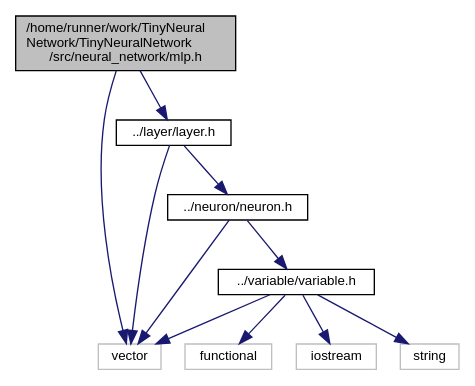
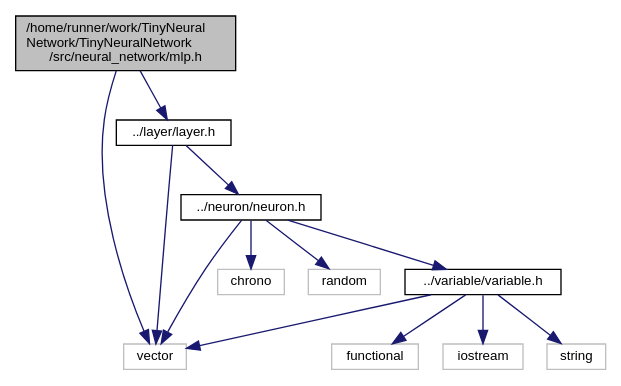
One commit to MaoSong2022/TinyNeuralNetwork changed the diagram in mlp_8h__incl.dot. Above: the diagram before and after it, drawn with Graphviz. The commit also changed 93 other files, not shown here.

```diff
--- a/mlp_8h__incl.dot
+++ b/mlp_8h__incl.dot
@@ -1,24 +1,28 @@
 digraph "/home/runner/work/TinyNeuralNetwork/TinyNeuralNetwork/src/neural_network/mlp.h"
 {
  // LATEX_PDF_SIZE
   edge [fontname="Helvetica",fontsize="10",labelfontname="Helvetica",labelfontsize="10"];
   node [fontname="Helvetica",fontsize="10",shape=record];
   Node1 [label="/home/runner/work/TinyNeural\lNetwork/TinyNeuralNetwork\l/src/neural_network/mlp.h",height=0.2,width=0.4,color="black", fillcolor="grey75", style="filled", fontcolor="black",tooltip=" "];
   Node1 -> Node2 [color="midnightblue",fontsize="10",style="solid",fontname="Helvetica"];
   Node2 [label="vector",height=0.2,width=0.4,color="grey75", fillcolor="white", style="filled",tooltip=" "];
   Node1 -> Node3 [color="midnightblue",fontsize="10",style="solid",fontname="Helvetica"];
   Node3 [label="../layer/layer.h",height=0.2,width=0.4,color="black", fillcolor="white", style="filled",URL="$layer_8h.html",tooltip=" "];
   Node3 -> Node2 [color="midnightblue",fontsize="10",style="solid",fontname="Helvetica"];
   Node3 -> Node4 [color="midnightblue",fontsize="10",style="solid",fontname="Helvetica"];
   Node4 [label="../neuron/neuron.h",height=0.2,width=0.4,color="black", fillcolor="white", style="filled",URL="$neuron_8h.html",tooltip=" "];
+  Node4 -> Node5 [color="midnightblue",fontsize="10",style="solid",fontname="Helvetica"];
+  Node5 [label="chrono",height=0.2,width=0.4,color="grey75", fillcolor="white", style="filled",tooltip=" "];
+  Node4 -> Node6 [color="midnightblue",fontsize="10",style="solid",fontname="Helvetica"];
+  Node6 [label="random",height=0.2,width=0.4,color="grey75", fillcolor="white", style="filled",tooltip=" "];
   Node4 -> Node2 [color="midnightblue",fontsize="10",style="solid",fontname="Helvetica"];
-  Node4 -> Node5 [color="midnightblue",fontsize="10",style="solid",fontname="Helvetica"];
-  Node5 [label="../variable/variable.h",height=0.2,width=0.4,color="black", fillcolor="white", style="filled",URL="$variable_8h.html",tooltip=" "];
-  Node5 -> Node6 [color="midnightblue",fontsize="10",style="solid",fontname="Helvetica"];
-  Node6 [label="functional",height=0.2,width=0.4,color="grey75", fillcolor="white", style="filled",tooltip=" "];
-  Node5 -> Node7 [color="midnightblue",fontsize="10",style="solid",fontname="Helvetica"];
-  Node7 [label="iostream",height=0.2,width=0.4,color="grey75", fillcolor="white", style="filled",tooltip=" "];
-  Node5 -> Node8 [color="midnightblue",fontsize="10",style="solid",fontname="Helvetica"];
-  Node8 [label="string",height=0.2,width=0.4,color="grey75", fillcolor="white", style="filled",tooltip=" "];
-  Node5 -> Node2 [color="midnightblue",fontsize="10",style="solid",fontname="Helvetica"];
+  Node4 -> Node7 [color="midnightblue",fontsize="10",style="solid",fontname="Helvetica"];
+  Node7 [label="../variable/variable.h",height=0.2,width=0.4,color="black", fillcolor="white", style="filled",URL="$variable_8h.html",tooltip=" "];
+  Node7 -> Node8 [color="midnightblue",fontsize="10",style="solid",fontname="Helvetica"];
+  Node8 [label="functional",height=0.2,width=0.4,color="grey75", fillcolor="white", style="filled",tooltip=" "];
+  Node7 -> Node9 [color="midnightblue",fontsize="10",style="solid",fontname="Helvetica"];
+  Node9 [label="iostream",height=0.2,width=0.4,color="grey75", fillcolor="white", style="filled",tooltip=" "];
+  Node7 -> Node10 [color="midnightblue",fontsize="10",style="solid",fontname="Helvetica"];
+  Node10 [label="string",height=0.2,width=0.4,color="grey75", fillcolor="white", style="filled",tooltip=" "];
+  Node7 -> Node2 [color="midnightblue",fontsize="10",style="solid",fontname="Helvetica"];
 }
```
